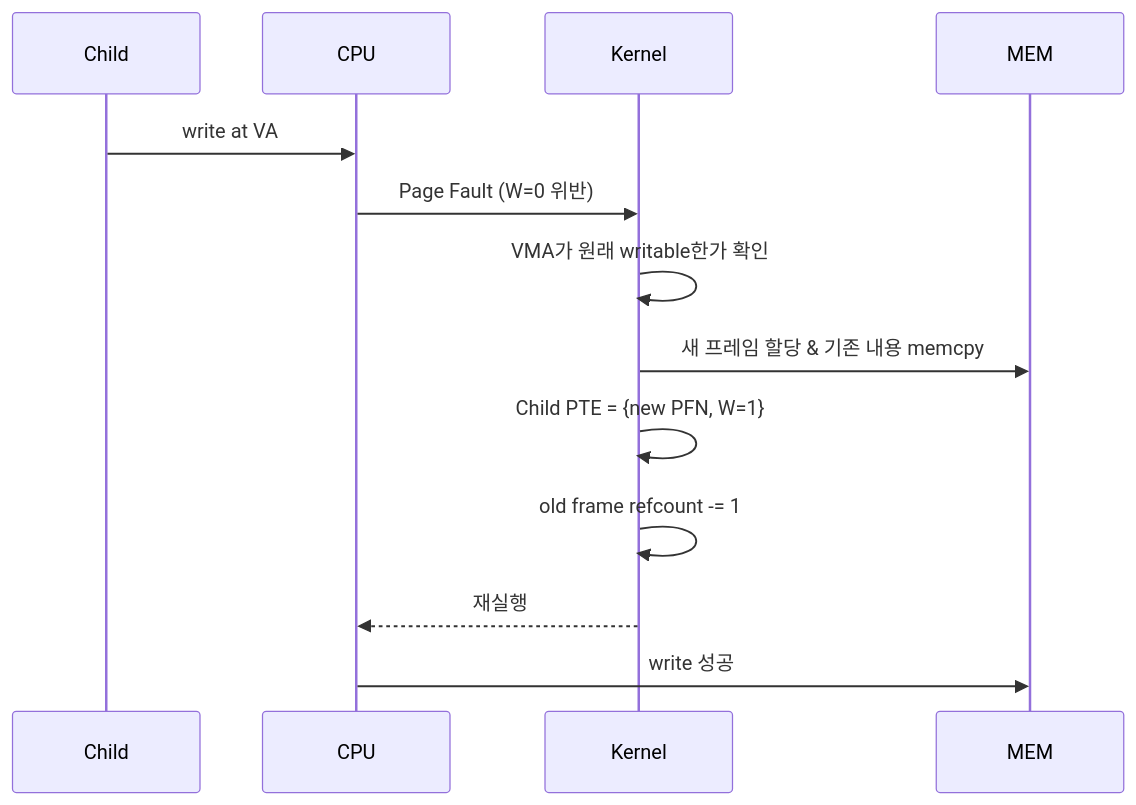
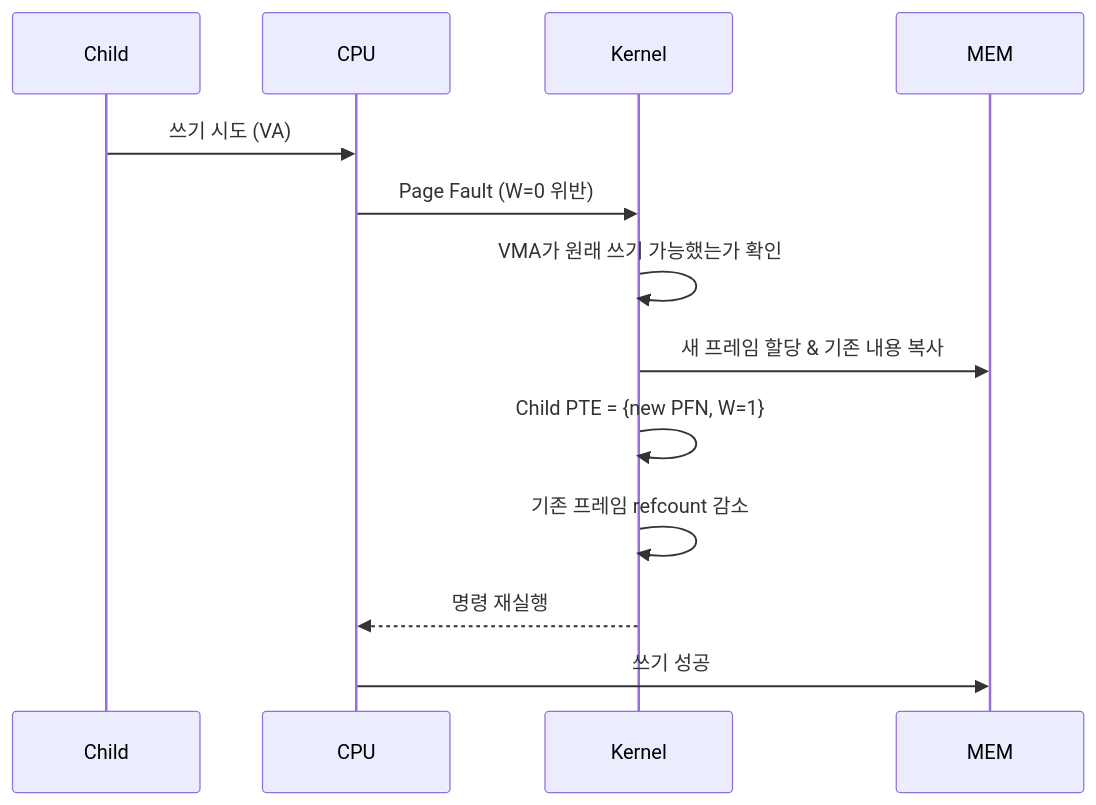
One commit to Jungle-12-303/wk07_6 changed the diagram in docs/blog/concepts/13-fork-and-cow.md. Above: the diagram before and after it, drawn with Mermaid. The commit also changed other lines of this file and 26 other files, not shown here.

First line of the commit message:
docs: 블로그 소제목·Mermaid·ASCII 박스 가독성 정비

````diff
--- a/docs/blog/concepts/13-fork-and-cow.md
+++ b/docs/blog/concepts/13-fork-and-cow.md
@@ -60,15 +60,15 @@
 ```mermaid
 sequenceDiagram
     participant Child
     participant CPU
     participant K as Kernel
     participant MEM
-    Child->>CPU: write at VA
+    Child->>CPU: 쓰기 시도 (VA)
     CPU->>K: Page Fault (W=0 위반)
-    K->>K: VMA가 원래 writable한가 확인
-    K->>MEM: 새 프레임 할당 & 기존 내용 memcpy
+    K->>K: VMA가 원래 쓰기 가능했는가 확인
+    K->>MEM: 새 프레임 할당 & 기존 내용 복사
     K->>K: Child PTE = {new PFN, W=1}
-    K->>K: old frame refcount -= 1
-    K-->>CPU: 재실행
-    CPU->>MEM: write 성공
+    K->>K: 기존 프레임 refcount 감소
+    K-->>CPU: 명령 재실행
+    CPU->>MEM: 쓰기 성공
 ```
````
